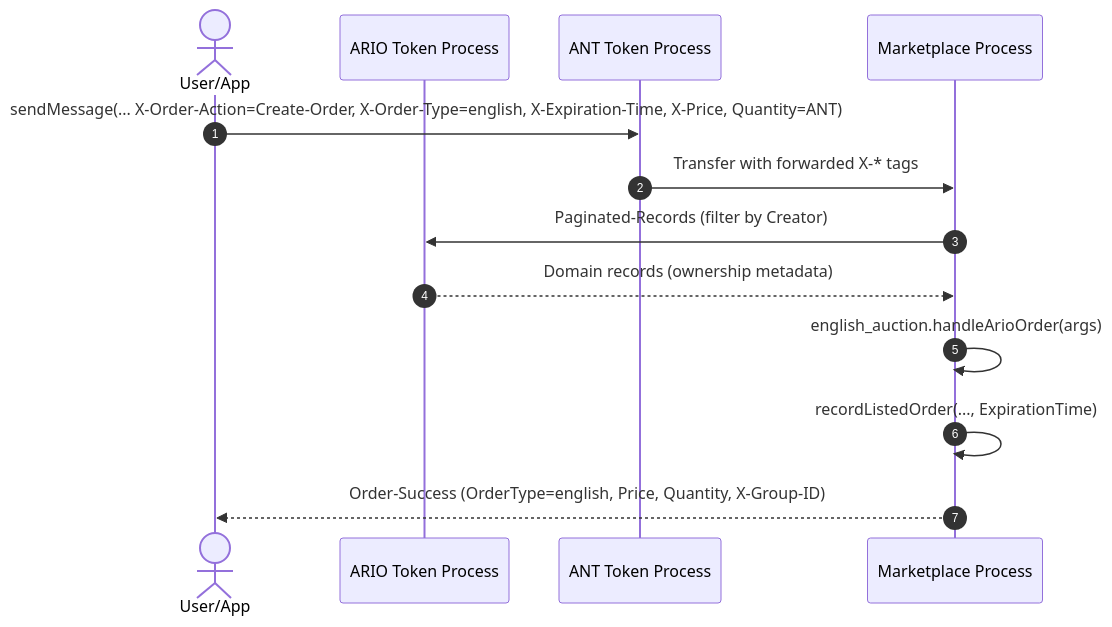
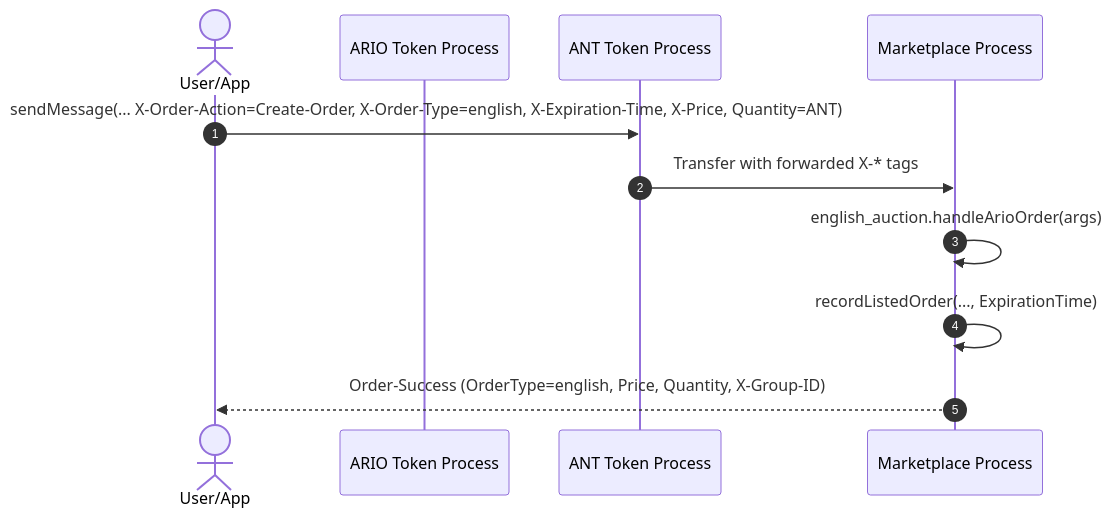
One commit to blockydevs/arns-marketplace-process changed the diagram in docs/english-listing.md. Above: the diagram before and after it, drawn with Mermaid. The commit also changed 11 other files, not shown here.

Commit message:
removed Paginated-Records call

````diff
--- a/docs/english-listing.md
+++ b/docs/english-listing.md
@@ -3,18 +3,15 @@
 ```mermaid
 sequenceDiagram
     autonumber
     actor User as User/App
     participant ARIO as ARIO Token Process
     participant ANT as ANT Token Process
     participant Market as Marketplace Process
 
     User->>ANT: sendMessage(... X-Order-Action=Create-Order, X-Order-Type=english, X-Expiration-Time, X-Price, Quantity=ANT)
     ANT->>Market: Transfer with forwarded X-* tags
 
-    Market->>ARIO: Paginated-Records (filter by Creator)
-    ARIO-->>Market: Domain records (ownership metadata)
-
     Market->>Market: english_auction.handleArioOrder(args)
     Market->>Market: recordListedOrder(..., ExpirationTime)
     Market-->>User: Order-Success (OrderType=english, Price, Quantity, X-Group-ID)
 ```
````
